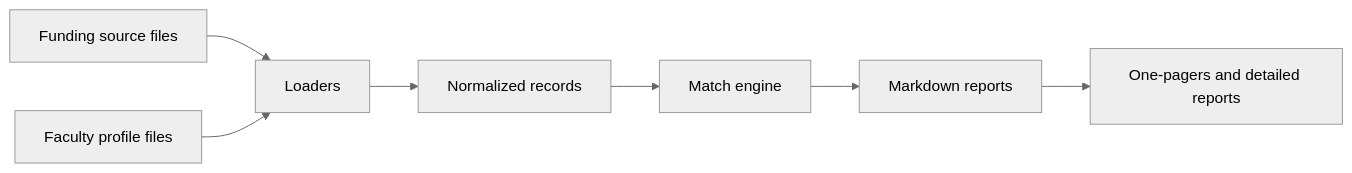
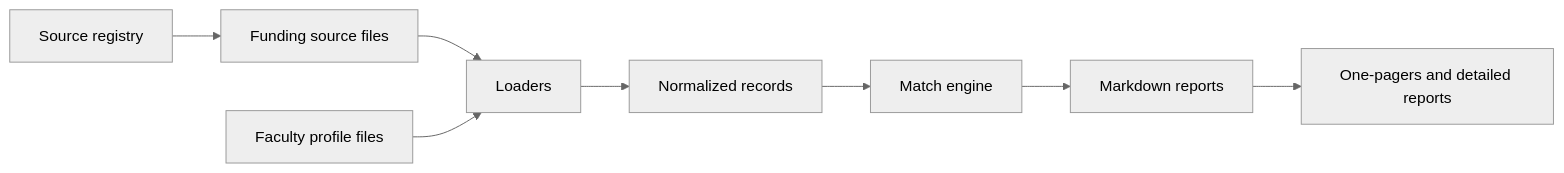
One commit to hanhuark/funding-compiler changed the diagram in docs/architecture.md. Above: the diagram before and after it, drawn with Mermaid (neutral theme). The commit also changed other lines of this file and 7 other files, not shown here.

Commit message:
Add curated funding source registry

````diff
--- a/docs/architecture.md
+++ b/docs/architecture.md
@@ -5,9 +5,10 @@
 ```mermaid
 flowchart LR
-  A[Funding source files] --> C[Loaders]
+  S[Source registry] --> A[Funding source files]
+  A --> C[Loaders]
   B[Faculty profile files] --> C
   C --> D[Normalized records]
   D --> E[Match engine]
   E --> F[Markdown reports]
   F --> G[One-pagers and detailed reports]
 ```
````
